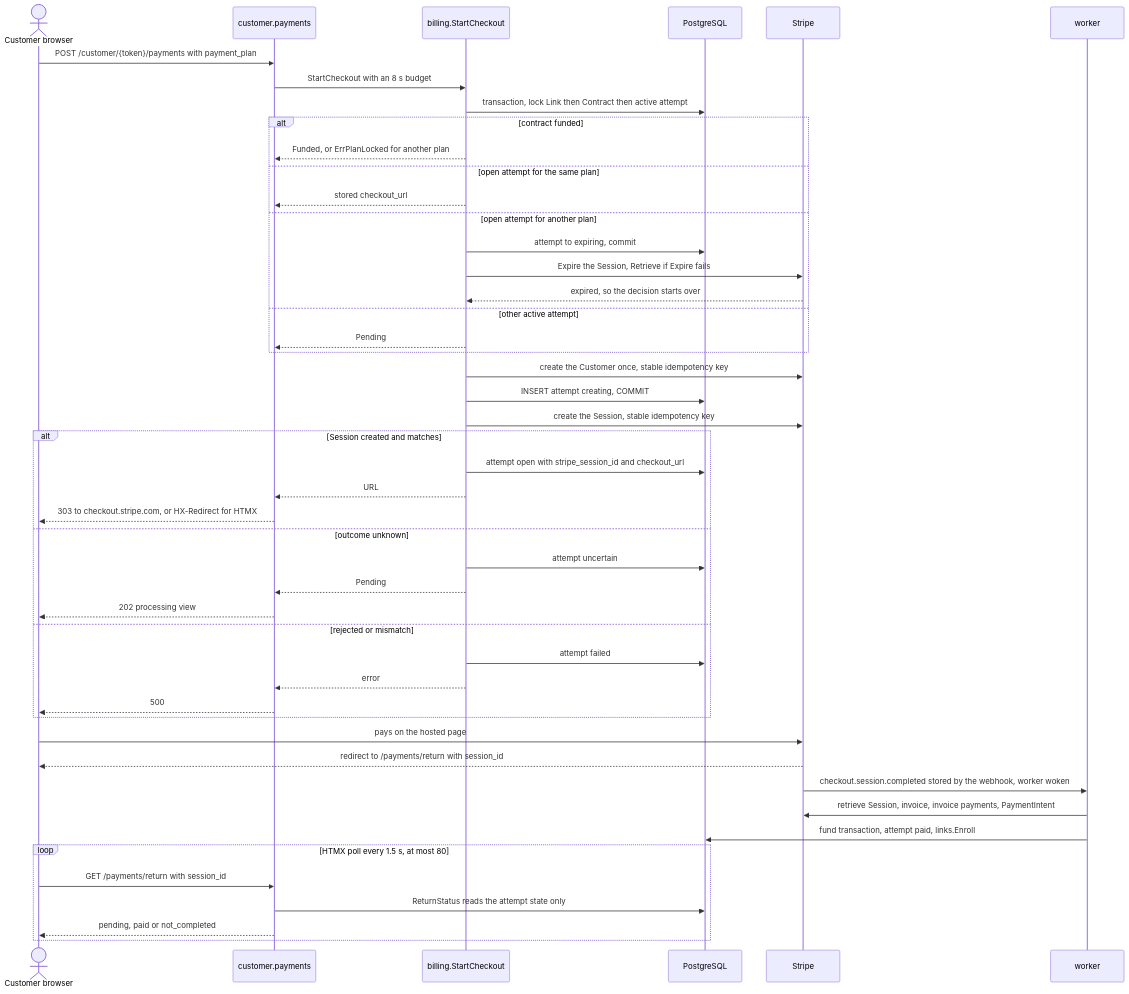
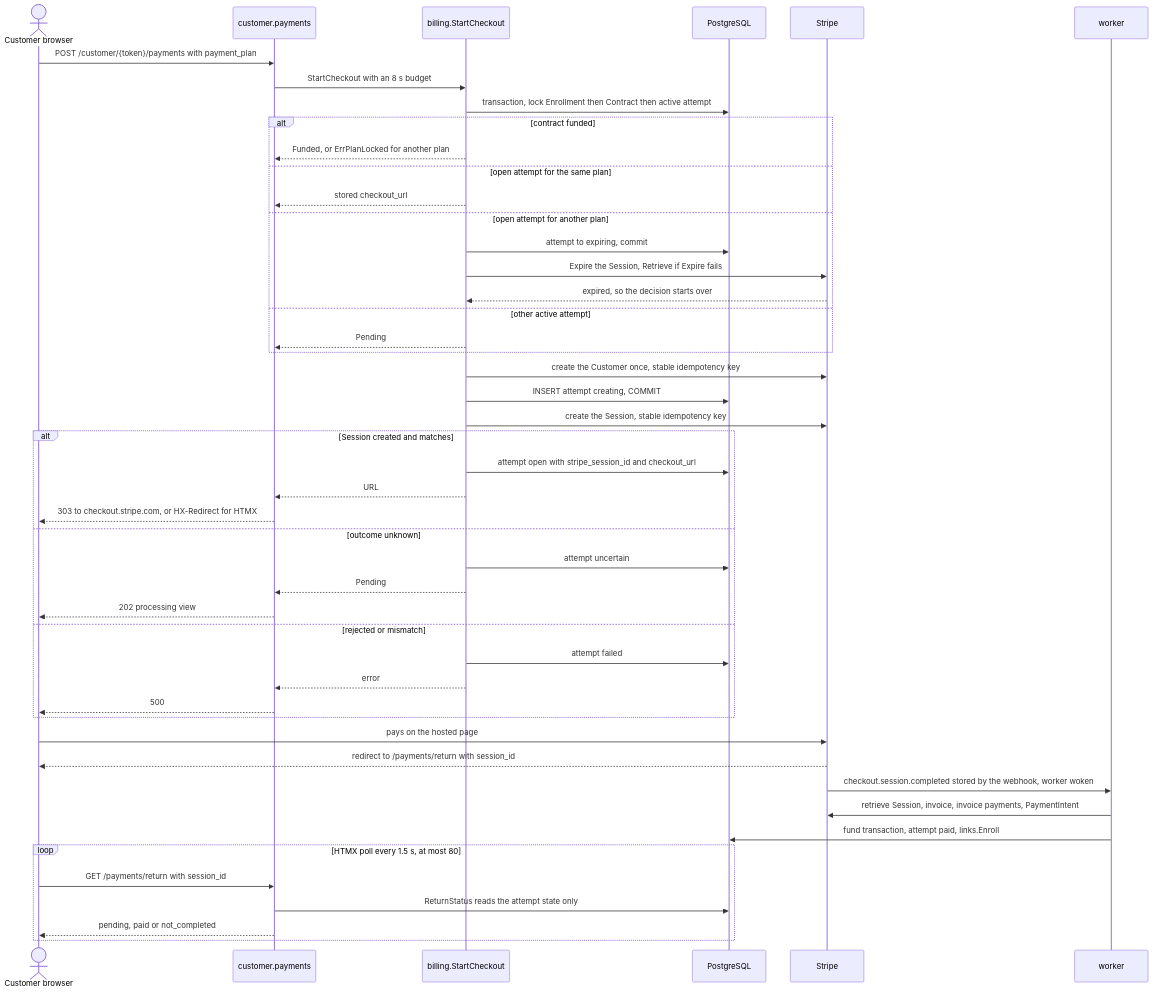
Before and after one commit to devGabriel131/ProjectHermes: the second of 2 diagrams in docs/billing/checkout.md, drawn with Mermaid. The commit also changed other lines of this file and 63 other files, not shown here.

````diff
--- a/docs/billing/checkout.md
+++ b/docs/billing/checkout.md
@@ -68,50 +68,50 @@
 ```mermaid
 sequenceDiagram
   actor C as Customer browser
   participant H as customer.payments
   participant B as billing.StartCheckout
   participant DB as PostgreSQL
   participant S as Stripe
   participant W as worker
 
   C->>H: POST /customer/{token}/payments with payment_plan
   H->>B: StartCheckout with an 8 s budget
-  B->>DB: transaction, lock Link then Contract then active attempt
+  B->>DB: transaction, lock Enrollment then Contract then active attempt
   alt contract funded
     B-->>H: Funded, or ErrPlanLocked for another plan
   else open attempt for the same plan
     B-->>H: stored checkout_url
   else open attempt for another plan
     B->>DB: attempt to expiring, commit
     B->>S: Expire the Session, Retrieve if Expire fails
     S-->>B: expired, so the decision starts over
   else other active attempt
     B-->>H: Pending
   end
   B->>S: create the Customer once, stable idempotency key
   B->>DB: INSERT attempt creating, COMMIT
   B->>S: create the Session, stable idempotency key
   alt Session created and matches
     B->>DB: attempt open with stripe_session_id and checkout_url
     B-->>H: URL
     H-->>C: 303 to checkout.stripe.com, or HX-Redirect for HTMX
   else outcome unknown
     B->>DB: attempt uncertain
     B-->>H: Pending
     H-->>C: 202 processing view
   else rejected or mismatch
     B->>DB: attempt failed
     B-->>H: error
     H-->>C: 500
   end
   C->>S: pays on the hosted page
   S-->>C: redirect to /payments/return with session_id
   S->>W: checkout.session.completed stored by the webhook, worker woken
   W->>S: retrieve Session, invoice, invoice payments, PaymentIntent
   W->>DB: fund transaction, attempt paid, links.Enroll
   loop HTMX poll every 1.5 s, at most 80
     C->>H: GET /payments/return with session_id
     H->>DB: ReturnStatus reads the attempt state only
     H-->>C: pending, paid or not_completed
   end
 ```
````
